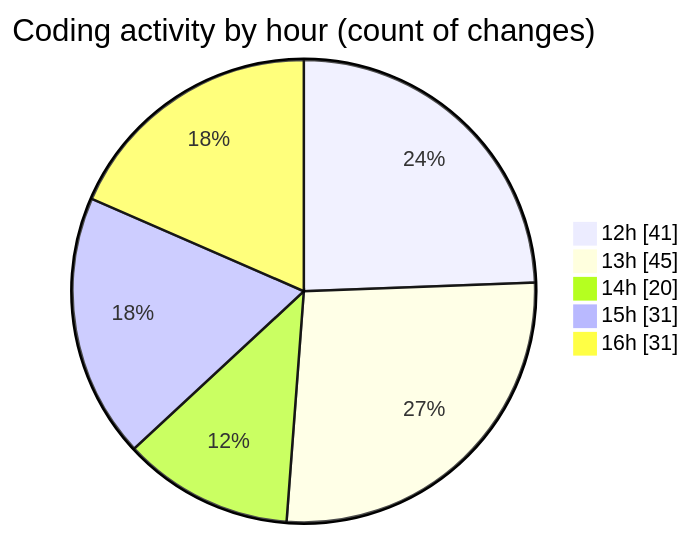
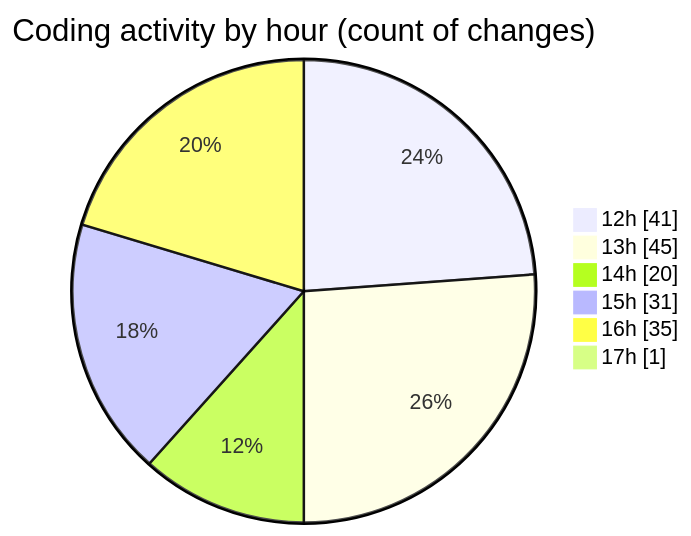
The second of 2 diagrams in 2025-12-02/cda/README.md (momahboobian/code-tracking), drawn with Mermaid before and after one commit. The commit also changed other lines of this file and 1 other file, not shown here.

````diff
--- a/2025-12-02/cda/README.md
+++ b/2025-12-02/cda/README.md
@@ -40,9 +40,10 @@
 ```mermaid
 pie showData
 title Coding activity by hour (count of changes)
 "12h" : 41
 "13h" : 45
 "14h" : 20
 "15h" : 31
-"16h" : 31
+"16h" : 35
+"17h" : 1
 ```
````
